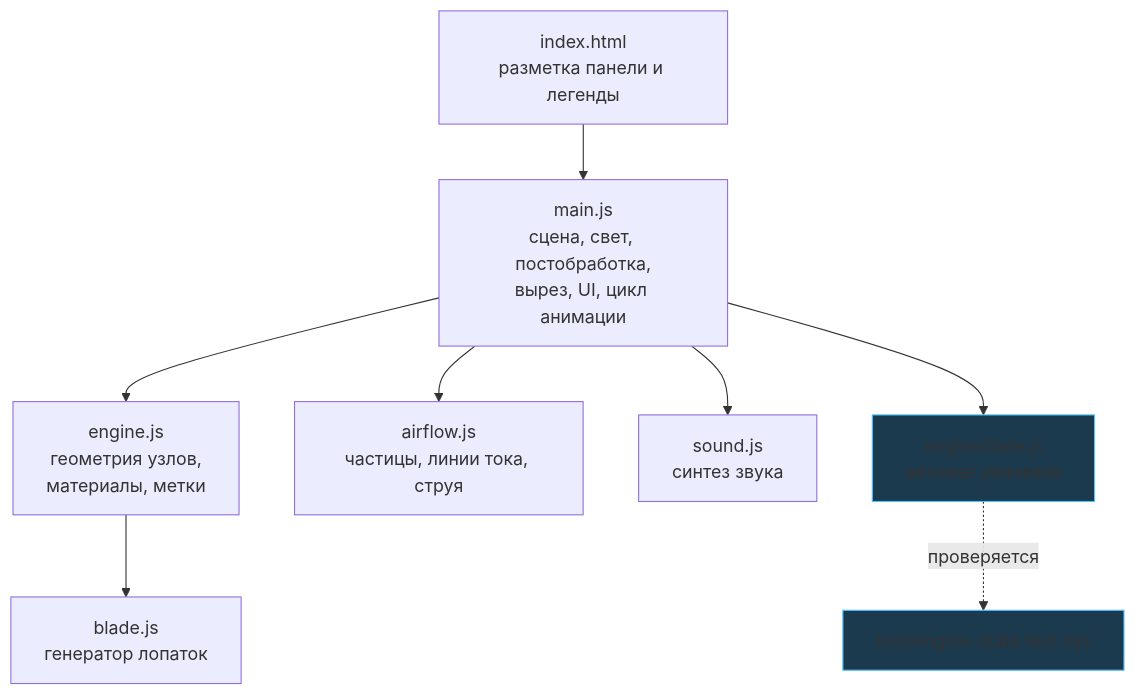
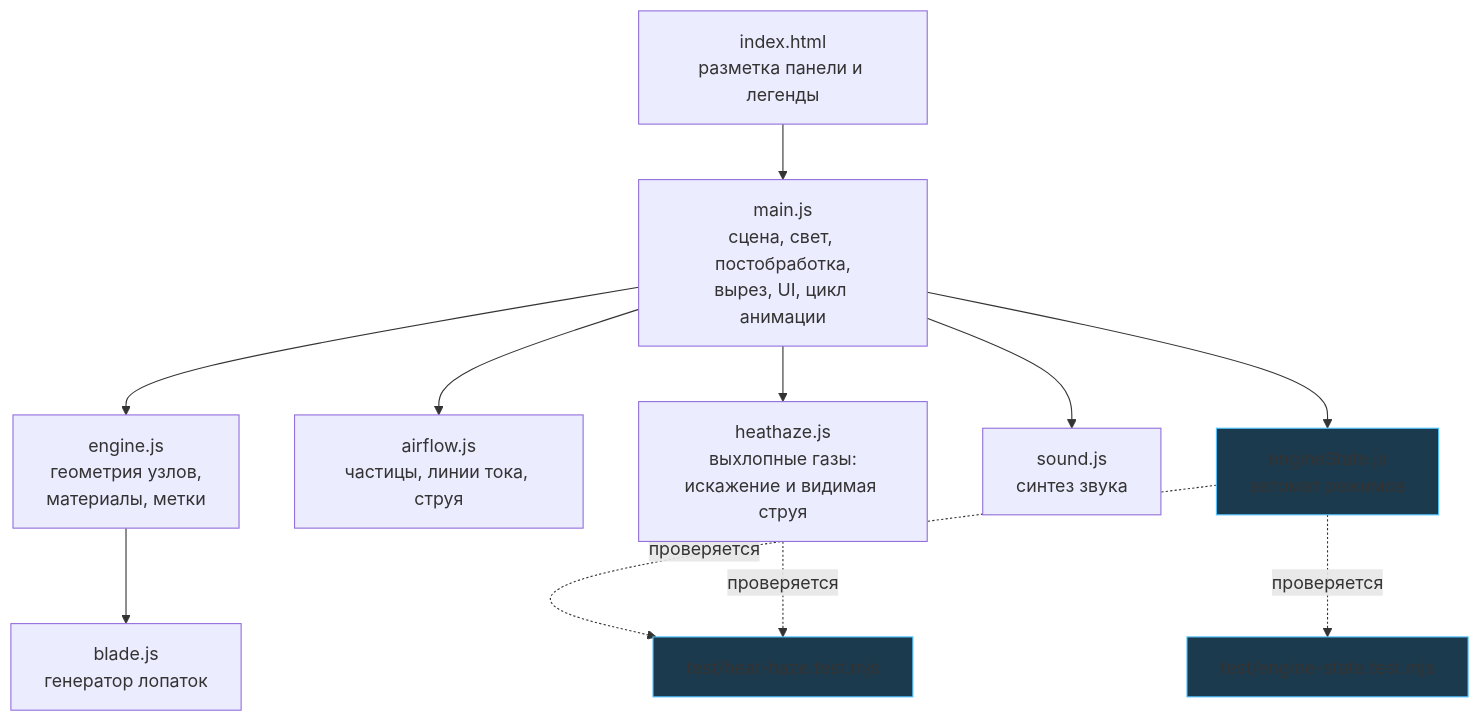
One commit to jubbon/jet-engine-3d changed the first of 2 diagrams in docs/01-architecture.md. Above: the diagram before and after it, drawn with Mermaid. The commit also changed other lines of this file and 9 other files, not shown here.

````diff
--- a/docs/01-architecture.md
+++ b/docs/01-architecture.md
@@ -5,13 +5,17 @@
 ```mermaid
 graph TD
   I[index.html<br/>разметка панели и легенды] --> M
   M[main.js<br/>сцена, свет, постобработка,<br/>вырез, UI, цикл анимации]
   M --> E[engine.js<br/>геометрия узлов,<br/>материалы, метки]
   M --> A[airflow.js<br/>частицы, линии тока, струя]
+  M --> H[heathaze.js<br/>выхлопные газы:<br/>искажение и видимая струя]
   M --> S[sound.js<br/>синтез звука]
   M --> ST[engineState.js<br/>автомат режимов]
   E --> B[blade.js<br/>генератор лопаток]
   ST -.проверяется.-> T[test/engine-state.test.mjs]
+  ST -.проверяется.-> T2[test/heat-haze.test.mjs]
+  H -.проверяется.-> T2
   style ST fill:#1c3a4d,stroke:#4fc3ff
   style T fill:#1c3a4d,stroke:#4fc3ff
+  style T2 fill:#1c3a4d,stroke:#4fc3ff
 ```
````
